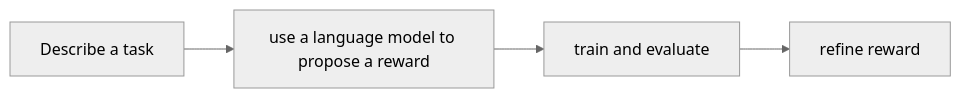
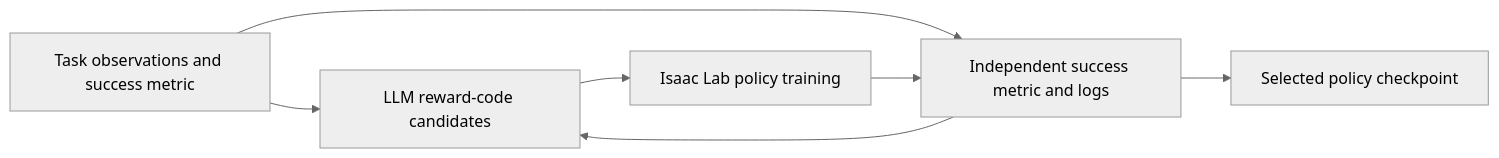
The diagram in docs/en/isaac-lab-eureka.md (james-joobs/awesome-nvidia-physical-ai), drawn with Mermaid (neutral theme) before and after one commit. The commit also changed other lines of this file and 187 other files, not shown here.

Commit message:
Expand bilingual guides with official architecture references

````diff
--- a/docs/en/isaac-lab-eureka.md
+++ b/docs/en/isaac-lab-eureka.md
@@ -11,7 +17,14 @@
 ```mermaid
 flowchart LR
-    n0["Describe a task"] --> n1
-    n1["use a language model to propose a reward"] --> n2
-    n2["train and evaluate"] --> n3
-    n3["refine reward"]
+    task["Task observations and success metric"]
+    llm["LLM reward-code candidates"]
+    rl["Isaac Lab policy training"]
+    rank["Independent success metric and logs"]
+    ckpt["Selected policy checkpoint"]
+    task --> llm
+    task --> rank
+    llm --> rl
+    rl --> rank
+    rank --> llm
+    rank --> ckpt
 ```
````
